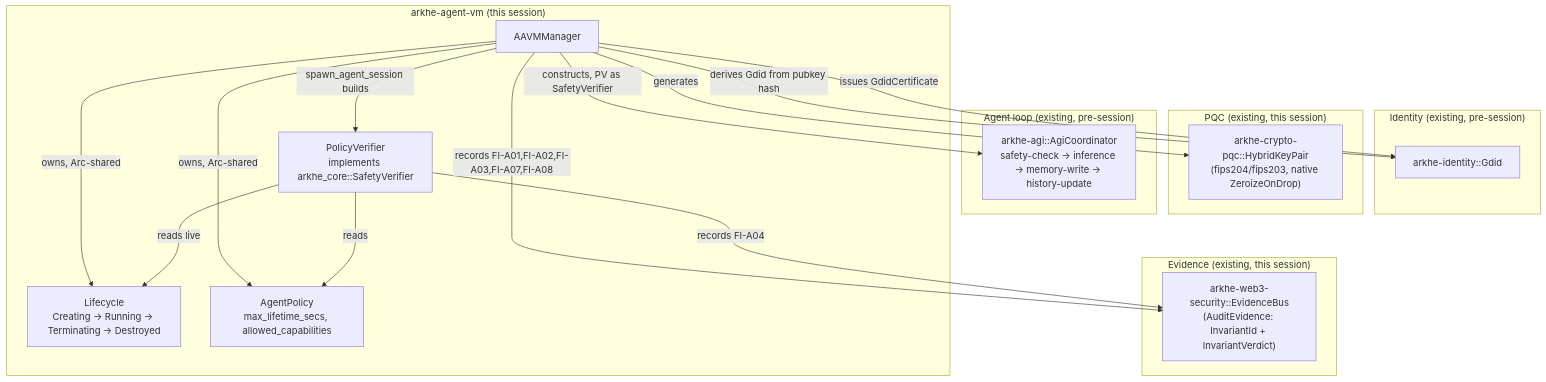
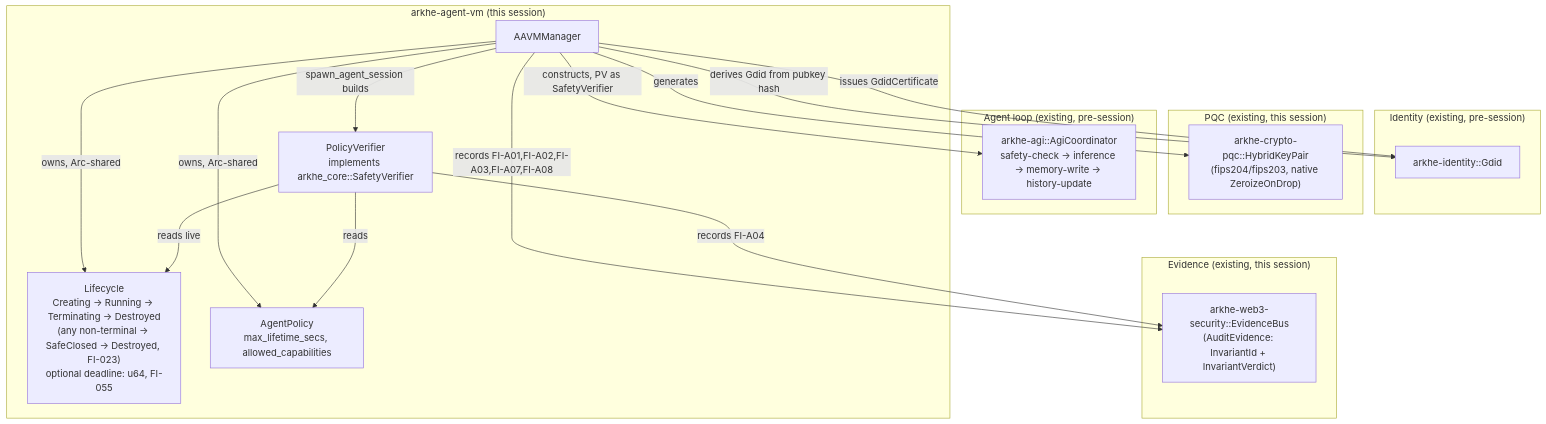
The first of 2 diagrams in safe-core-monorepo/docs/architecture/aavm-integration.md (rafael-arkhe/arkhe), drawn with Mermaid before and after one commit. The commit also changed other lines of this file and 17 other files, not shown here.

````diff
--- a/safe-core-monorepo/docs/architecture/aavm-integration.md
+++ b/safe-core-monorepo/docs/architecture/aavm-integration.md
@@ -14,34 +14,34 @@
 ```mermaid
 flowchart TB
     subgraph identity["Identity (existing, pre-session)"]
         GDID["arkhe-identity::Gdid"]
     end
     subgraph pqc["PQC (existing, this session)"]
         PQC["arkhe-crypto-pqc::HybridKeyPair<br/>(fips204/fips203, native ZeroizeOnDrop)"]
     end
     subgraph evidence["Evidence (existing, this session)"]
         EB["arkhe-web3-security::EvidenceBus<br/>(AuditEvidence: InvariantId + InvariantVerdict)"]
     end
     subgraph agi["Agent loop (existing, pre-session)"]
         AGI["arkhe-agi::AgiCoordinator<br/>safety-check -> inference -> memory-write -> history-update"]
     end
 
     subgraph aavm["arkhe-agent-vm (this session)"]
         MGR["AAVMManager"]
-        LC["Lifecycle<br/>Creating -> Running -> Terminating -> Destroyed"]
+        LC["Lifecycle<br/>Creating -> Running -> Terminating -> Destroyed<br/>(any non-terminal -> SafeClosed -> Destroyed, FI-023)<br/>optional deadline: u64, FI-055"]
         POL["AgentPolicy<br/>max_lifetime_secs, allowed_capabilities"]
         PV["PolicyVerifier<br/>implements arkhe_core::SafetyVerifier"]
     end
 
     MGR -->|generates| PQC
     MGR -->|derives Gdid from pubkey hash| GDID
     MGR -->|issues GdidCertificate| GDID
     MGR -->|owns, Arc-shared| LC
     MGR -->|owns, Arc-shared| POL
     MGR -->|records FI-A01,FI-A02,FI-A03,FI-A07,FI-A08| EB
     MGR -->|spawn_agent_session builds| PV
     PV -->|reads live| LC
     PV -->|reads| POL
     PV -->|records FI-A04| EB
     MGR -->|constructs, PV as SafetyVerifier| AGI
 ```
````
